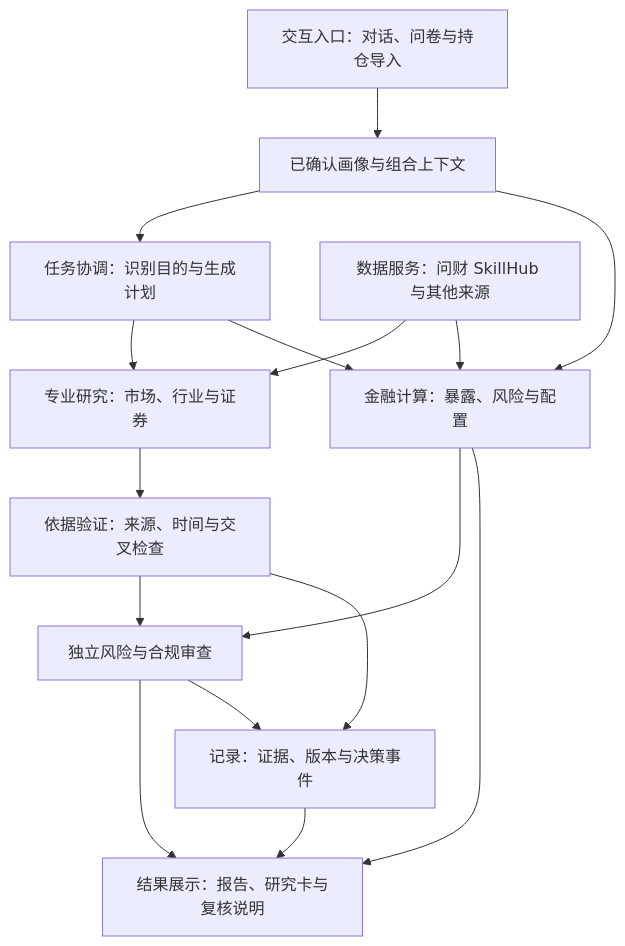
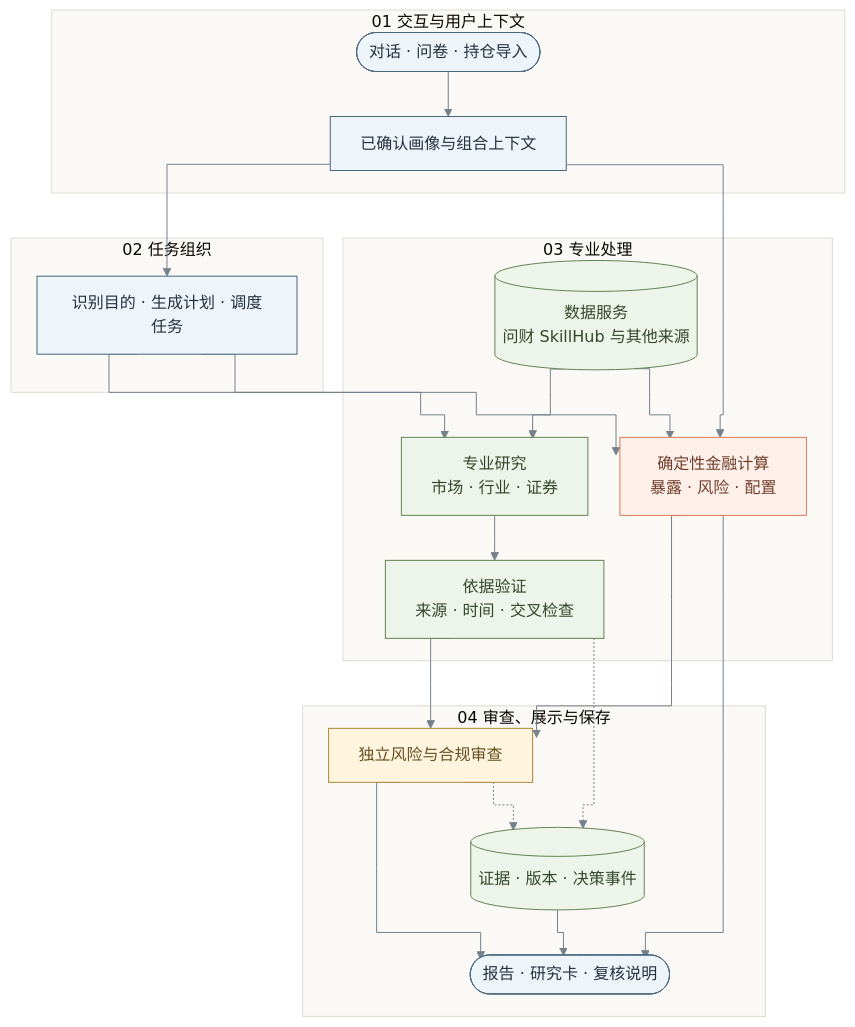
Before and after one commit to 1917173927/prism: the second of 8 diagrams in docs/submission/competition-technical-solution.md, drawn with Mermaid. The commit also changed other lines of this file and 4 other files, not shown here.

Commit message:
docs: 更新技术文档标题并丰富图示

````diff
--- a/docs/submission/competition-technical-solution.md
+++ b/docs/submission/competition-technical-solution.md
@@ -181,18 +198,35 @@
 ```mermaid
+%%{init: {"theme":"base","themeVariables":{"fontFamily":"Microsoft YaHei, sans-serif","lineColor":"#74818b","clusterBkg":"#faf9f6","clusterBorder":"#dedbd2"},"flowchart":{"curve":"stepAfter","nodeSpacing":32,"rankSpacing":45}}}%%
 flowchart TD
-    U[交互入口：对话、问卷与持仓导入] --> P[已确认画像与组合上下文]
-    P --> O[任务协调：识别目的与生成计划]
-    O --> R[专业研究：市场、行业与证券]
-    O --> C[金融计算：暴露、风险与配置]
-    D[数据服务：问财 SkillHub 与其他来源] --> R
+    subgraph UI[01 交互与用户上下文]
+    U([对话 · 问卷 · 持仓导入]) --> P[已确认画像与组合上下文]
+    end
+    subgraph TASK[02 任务组织]
+    P --> O[识别目的 · 生成计划 · 调度任务]
+    end
+    subgraph ENGINE[03 专业处理]
+    O --> R[专业研究<br/>市场 · 行业 · 证券]
+    O --> C[确定性金融计算<br/>暴露 · 风险 · 配置]
+    D[(数据服务<br/>问财 SkillHub 与其他来源)] --> R
     D --> C
-    R --> E[依据验证：来源、时间与交叉检查]
+    R --> E[依据验证<br/>来源 · 时间 · 交叉检查]
     P --> C
+    end
+    subgraph RESULT[04 审查、展示与保存]
     E --> G[独立风险与合规审查]
     C --> G
-    C --> V[结果展示：报告、研究卡与复核说明]
+    C --> V([报告 · 研究卡 · 复核说明])
     G --> V
-    E --> S[记录：证据、版本与决策事件]
-    G --> S
+    E -.-> S[(证据 · 版本 · 决策事件)]
+    G -.-> S
     S --> V
+    end
+    classDef input fill:#edf4fa,stroke:#49677d,color:#25313d
+    classDef compute fill:#fcf0e9,stroke:#dc7958,color:#703e2b
+    classDef evidence fill:#edf4e9,stroke:#658254,color:#34472b
+    classDef review fill:#fff5df,stroke:#ad8437,color:#654e20
+    class U,P,O,V input
+    class C compute
+    class D,R,E,S evidence
+    class G review
 ```
````
